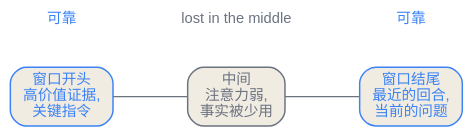
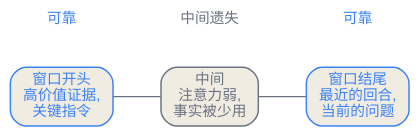
One commit to latere-ai/ai-as-an-infrastructure changed the first of 3 diagrams in zh/orchestration/08-context-engineering.qmd. Above: the diagram before and after it, drawn with Graphviz. The commit also changed other lines of this file and 273 other files, not shown here.

Commit message:
docs: localize Chinese diagrams

````diff
--- a/zh/orchestration/08-context-engineering.qmd
+++ b/zh/orchestration/08-context-engineering.qmd
@@ -23,26 +23,26 @@
 ```{dot}
 //| label: fig-ce-position
 //| fig-cap: "上下文窗口的示意摆放图。注意力在两端可靠，在中间最弱，源自 Liu 等（2024）的 lost-in-the-middle 效应。形状为示意，非实测。"
 digraph position {
   rankdir=LR;
   bgcolor="transparent";
   node [shape=box, style="rounded,filled", fontsize=11, fontname="Helvetica", fillcolor="#f1ece1", color="#6b7280", fontcolor="#6b7280", penwidth=1.1];
   edge [arrowhead=none, color="#6b7280", fontcolor="#6b7280"];
 
   head [label="窗口开头\n高价值证据,\n关键指令", color="#3b82f6", fontcolor="#3b82f6"];
   mid  [label="中间\n注意力弱,\n事实被少用"];
   tail [label="窗口结尾\n最近的回合,\n当前的问题", color="#3b82f6", fontcolor="#3b82f6"];
 
   head -> mid -> tail;
 
   reliable_l [shape=plaintext, style="", label="可靠", fontcolor="#3b82f6"];
-  weak [shape=plaintext, style="", label="lost in the middle"];
+  weak [shape=plaintext, style="", label="中间遗失"];
   reliable_r [shape=plaintext, style="", label="可靠", fontcolor="#3b82f6"];
   reliable_l -> head [style=invis];
   weak -> mid [style=invis];
   reliable_r -> tail [style=invis];
   { rank=same; reliable_l; head; }
   { rank=same; weak; mid; }
   { rank=same; reliable_r; tail; }
 }
 ```
````
